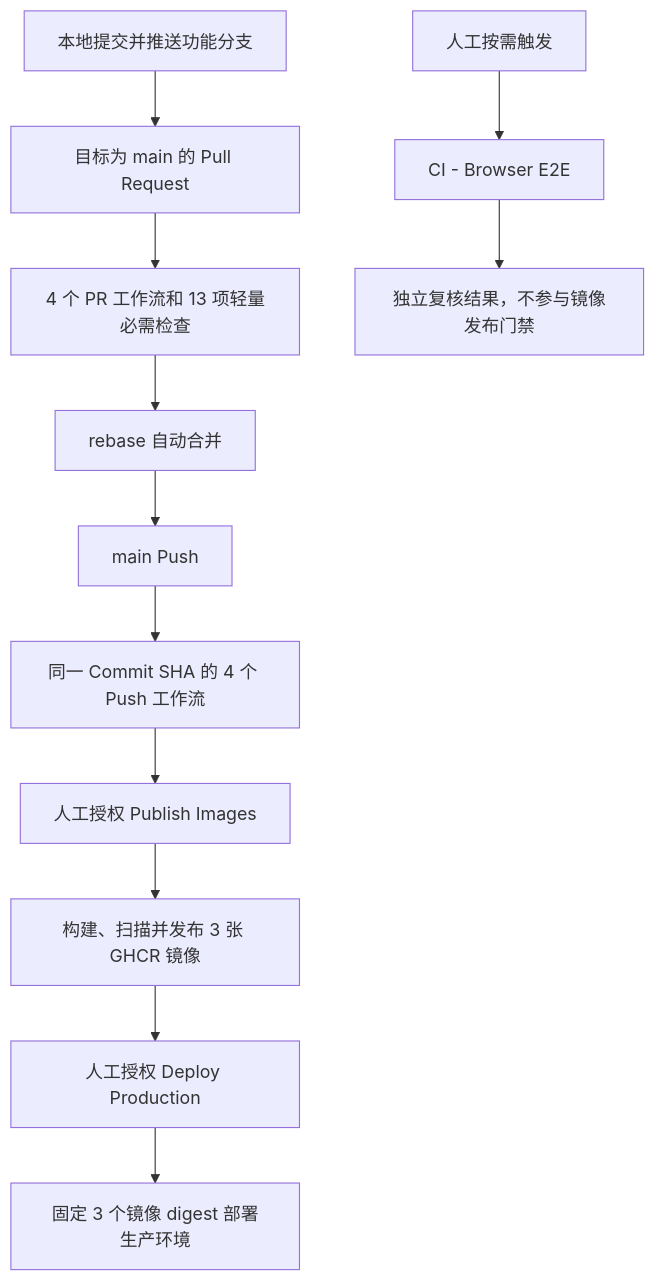
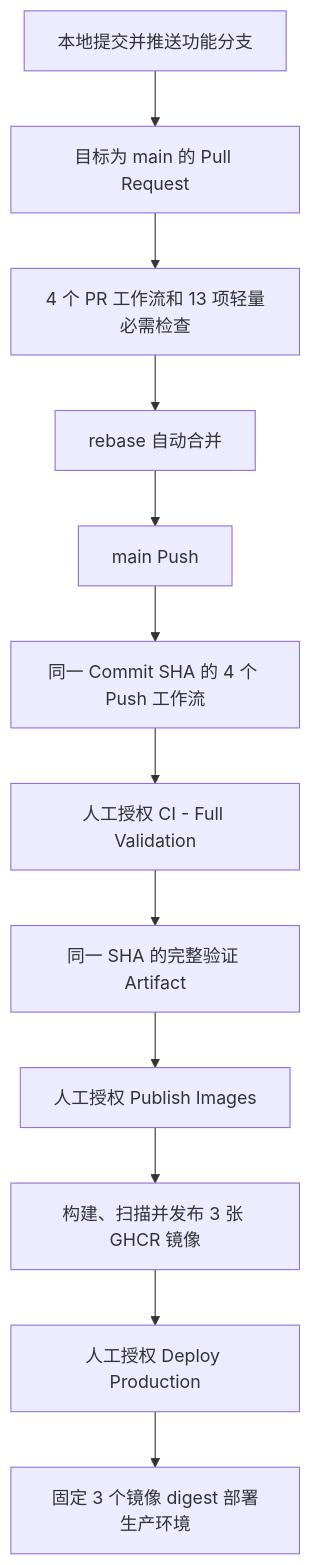
The diagram in docs/operations/github-actions-workflows.md (jinmozhe/pinjie-fullstack-base), drawn with Mermaid before and after one commit. The commit also changed other lines of this file and 17 other files, not shown here.

Commit message:
ci: require full validation evidence before image publish

````diff
--- a/docs/operations/github-actions-workflows.md
+++ b/docs/operations/github-actions-workflows.md
@@ -23,14 +23,14 @@
 ```mermaid
 flowchart TD
     A["本地提交并推送功能分支"] --> B["目标为 main 的 Pull Request"]
     B --> C["4 个 PR 工作流和 13 项轻量必需检查"]
     C --> D["rebase 自动合并"]
     D --> E["main Push"]
     E --> G["同一 Commit SHA 的 4 个 Push 工作流"]
-    G --> H["人工授权 Publish Images"]
+    G --> F["人工授权 CI - Full Validation"]
+    F --> N["同一 SHA 的完整验证 Artifact"]
+    N --> H["人工授权 Publish Images"]
     H --> I["构建、扫描并发布 3 张 GHCR 镜像"]
     I --> K["人工授权 Deploy Production"]
     K --> L["固定 3 个镜像 digest 部署生产环境"]
-    M["人工按需触发"] --> F["CI - Browser E2E"]
-    F --> N["独立复核结果，不参与镜像发布门禁"]
 ```
````
